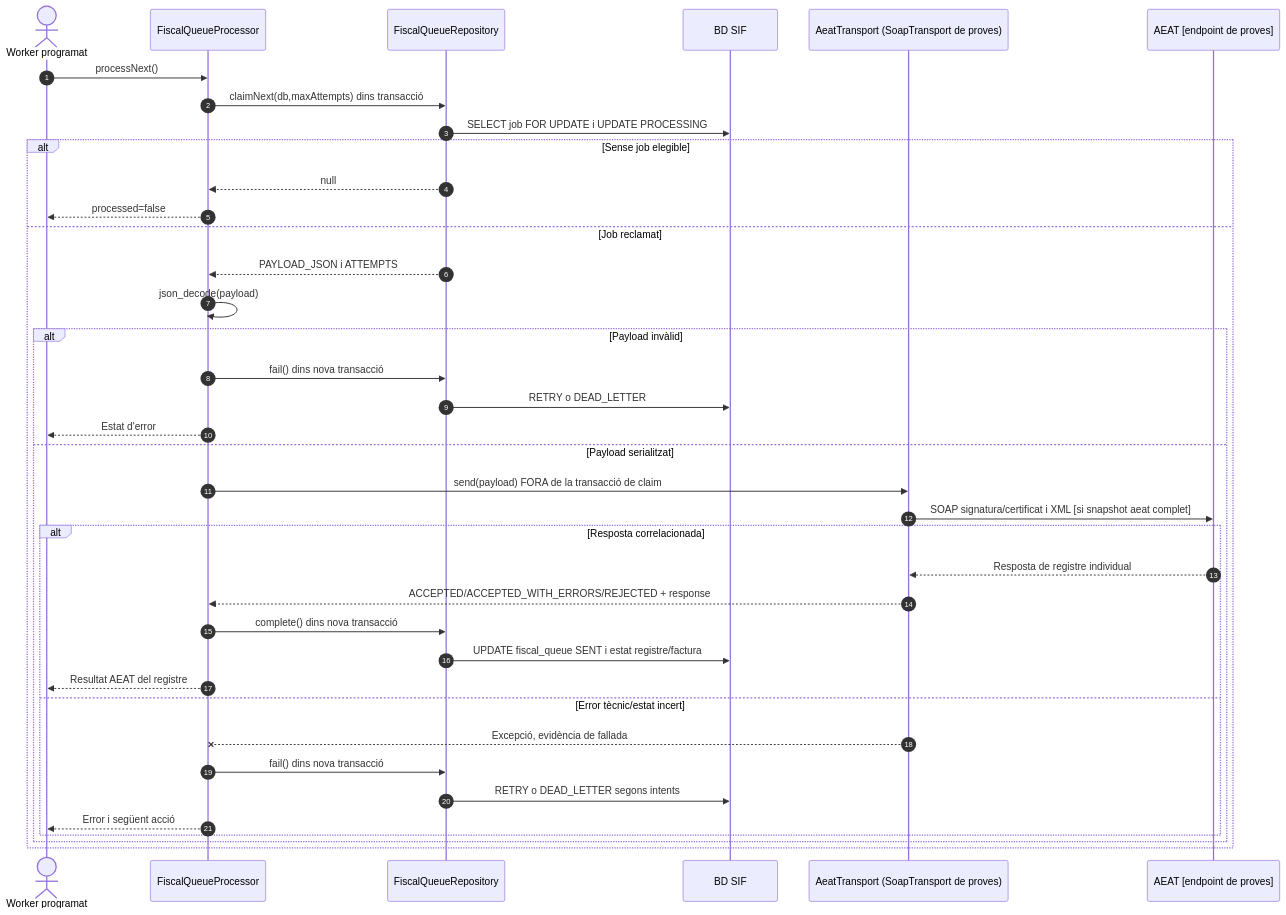
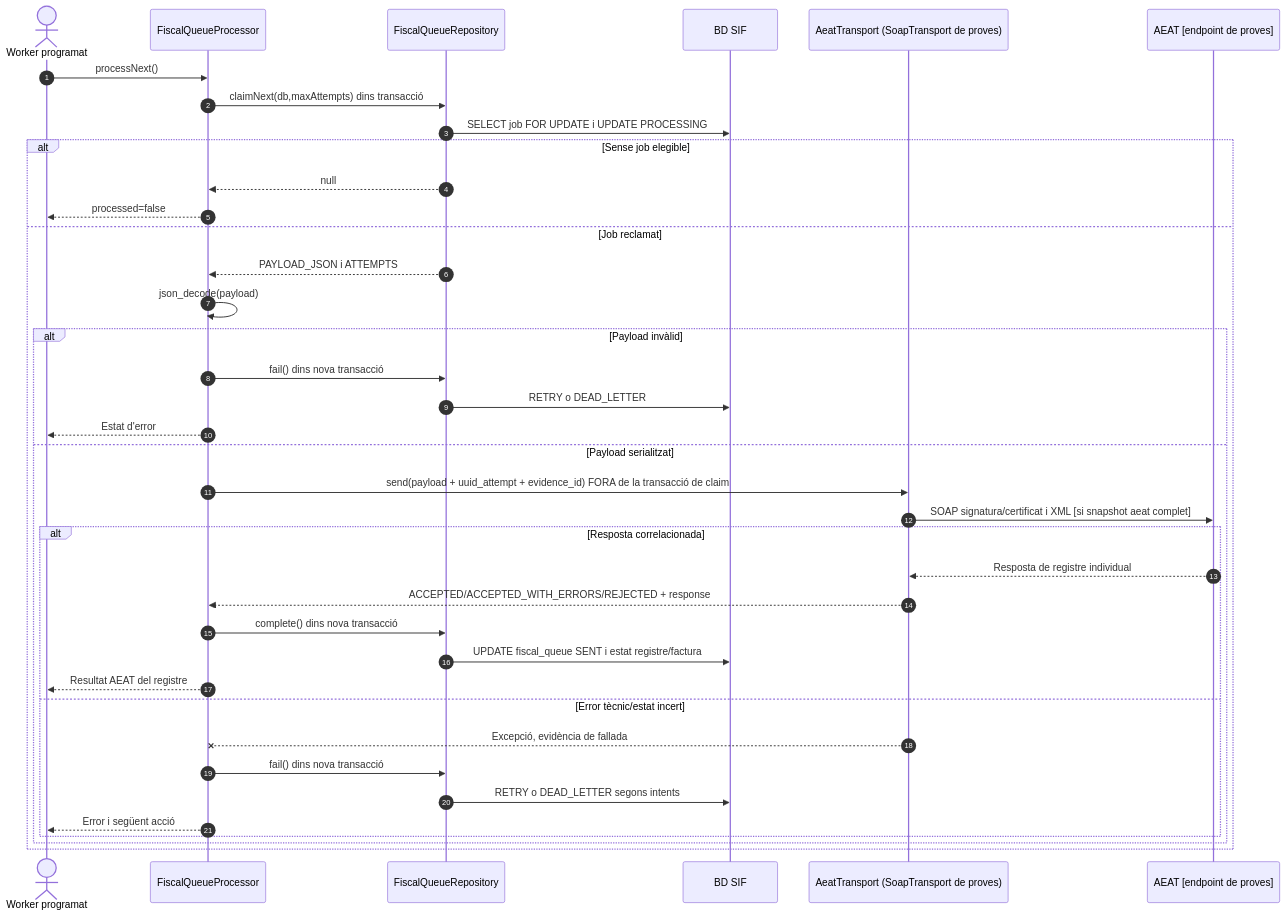
Before and after one commit to orgmeriemprismacat-del/verifactu: the fourth of 10 diagrams in documentacio/07-uml-integrat/uc-009-remetre-registre-aeat.md, drawn with Mermaid. The commit also changed other lines of this file, not shown here.

Commit message:
docs(UC-009): reconciliar UML integrat amb evidence i autoritzacio

````diff
--- a/documentacio/07-uml-integrat/uc-009-remetre-registre-aeat.md
+++ b/documentacio/07-uml-integrat/uc-009-remetre-registre-aeat.md
@@ -167,40 +167,40 @@
 ```mermaid
 sequenceDiagram
 autonumber
 actor Worker as Worker programat
 participant P as FiscalQueueProcessor
 participant Q as FiscalQueueRepository
 participant DB as BD SIF
 participant T as AeatTransport (SoapTransport de proves)
 participant AEAT as AEAT [endpoint de proves]
 Worker->>P: processNext()
 P->>Q: claimNext(db,maxAttempts) dins transacció
 Q->>DB: SELECT job FOR UPDATE i UPDATE PROCESSING
 alt Sense job elegible
  Q-->>P: null
  P-->>Worker: processed=false
 else Job reclamat
  Q-->>P: PAYLOAD_JSON i ATTEMPTS
  P->>P: json_decode(payload)
  alt Payload invàlid
   P->>Q: fail() dins nova transacció
   Q->>DB: RETRY o DEAD_LETTER
   P-->>Worker: Estat d'error
  else Payload serialitzat
-  P->>T: send(payload) FORA de la transacció de claim
+  P->>T: send(payload + uuid_attempt + evidence_id) FORA de la transacció de claim
   T->>AEAT: SOAP signatura/certificat i XML [si snapshot aeat complet]
   alt Resposta correlacionada
    AEAT-->>T: Resposta de registre individual
    T-->>P: ACCEPTED/ACCEPTED_WITH_ERRORS/REJECTED + response
    P->>Q: complete() dins nova transacció
    Q->>DB: UPDATE fiscal_queue SENT i estat registre/factura
    P-->>Worker: Resultat AEAT del registre
   else Error tècnic/estat incert
    T--xP: Excepció, evidència de fallada
    P->>Q: fail() dins nova transacció
    Q->>DB: RETRY o DEAD_LETTER segons intents
    P-->>Worker: Error i següent acció
   end
  end
 end
 ```
````
